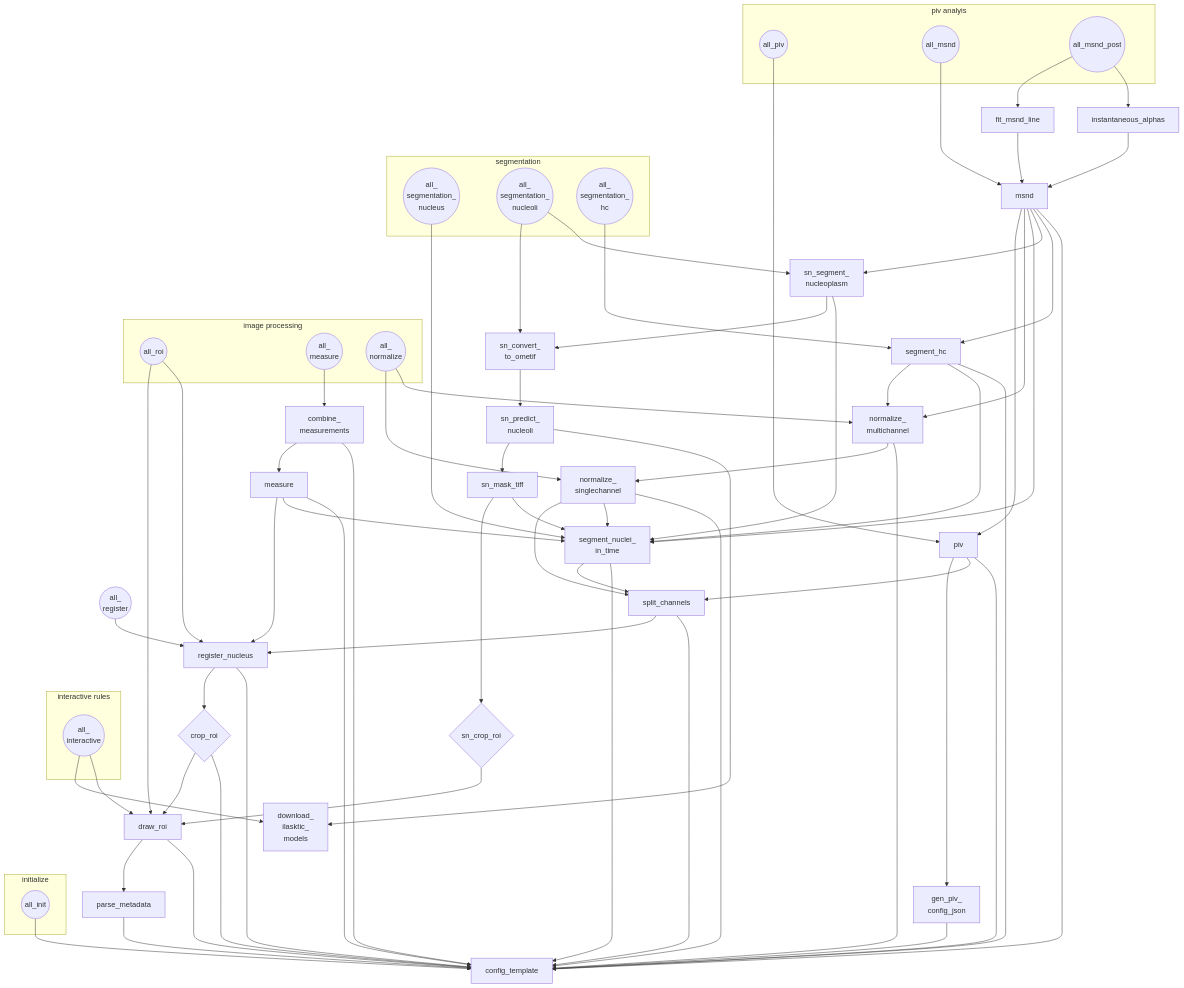
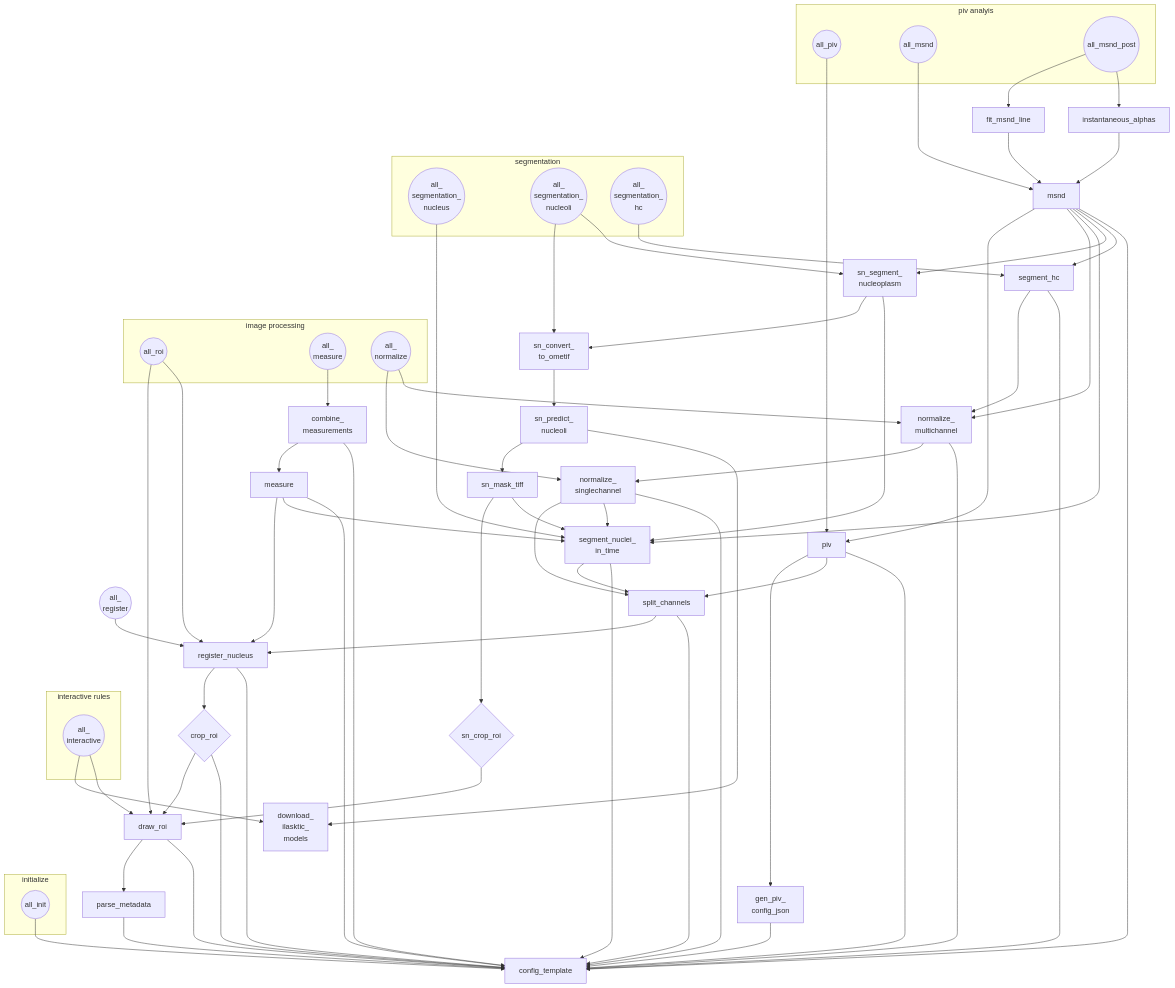
One commit to yichechang/alu-mobility changed the diagram in README.md. Above: the diagram before and after it, drawn with Mermaid. The commit also changed 2 other files, not shown here.

Commit message:
clean up

````diff
--- a/README.md
+++ b/README.md
@@ -103,6 +103,6 @@
     B15[sn_segment_<br>nucleoplasm] --> B14 & A31
     B1 --> B14 & B15
 
-    B21[segment_hc] --> A52 & A31 & A01
+    B21[segment_hc] --> A52 & A01
     B2 --> B21
 ```
````
